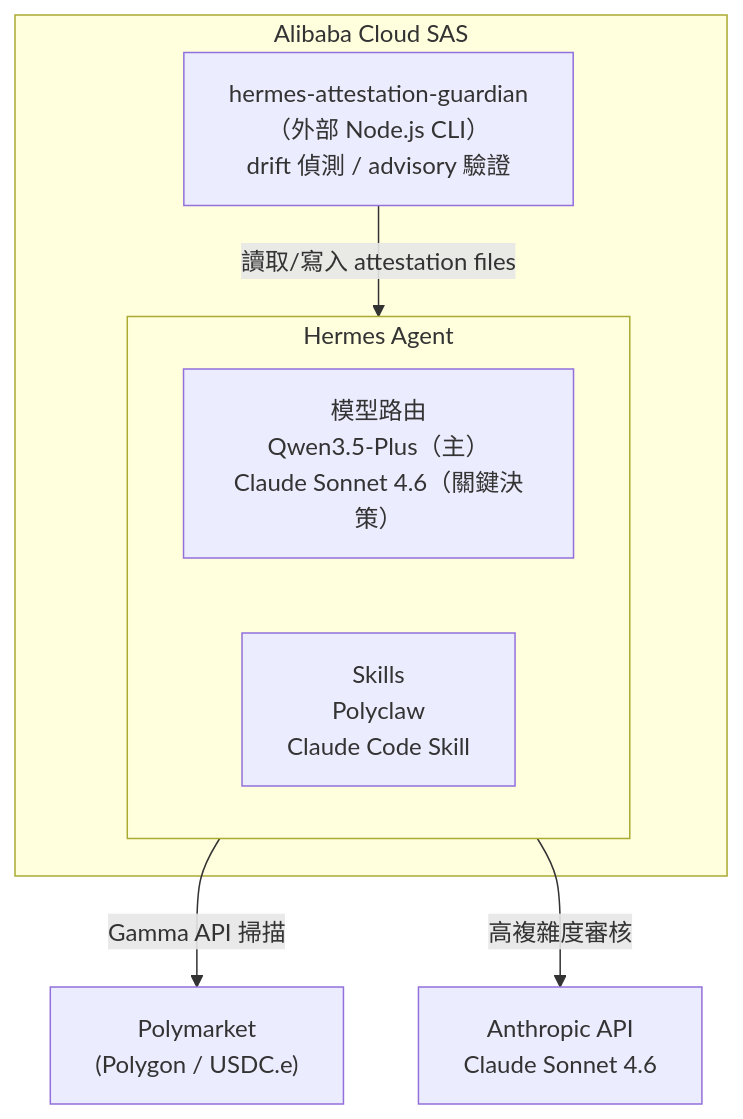
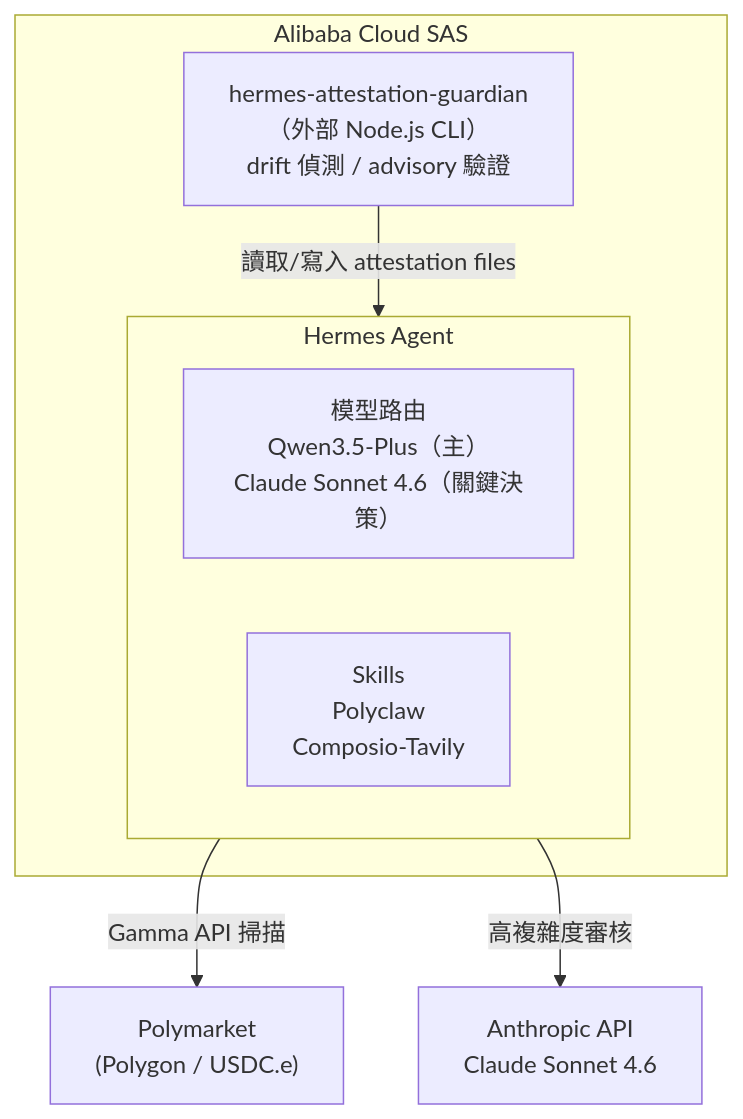
The first of 3 diagrams in CURRENT_SPEC.md (nrnmnrn/openclaw_on_polymarket-plan), drawn with Mermaid before and after one commit. The commit also changed other lines of this file and 2 other files, not shown here.

First line of the commit message:
arch: 確認 claude-code-skill 等效方案（Hermes delegate_task）

````diff
--- a/CURRENT_SPEC.md
+++ b/CURRENT_SPEC.md
@@ -27,14 +27,14 @@
 ```mermaid
 graph TB
     subgraph AlibabaSAS["Alibaba Cloud SAS"]
         subgraph HA["Hermes Agent"]
             Router["模型路由<br/>Qwen3.5-Plus（主）<br/>Claude Sonnet 4.6（關鍵決策）"]
-            Skills["Skills<br/>Polyclaw<br/>Claude Code Skill"]
+            Skills["Skills<br/>Polyclaw<br/>Composio-Tavily"]
         end
         Guardian["hermes-attestation-guardian<br/>（外部 Node.js CLI）<br/>drift 偵測 / advisory 驗證"]
         Guardian -->|"讀取/寫入 attestation files"| HA
     end
 
     HA -->|Gamma API 掃描| Polymarket["Polymarket<br/>(Polygon / USDC.e)"]
     HA -->|高複雜度審核| Anthropic["Anthropic API<br/>Claude Sonnet 4.6"]
 ```
````
